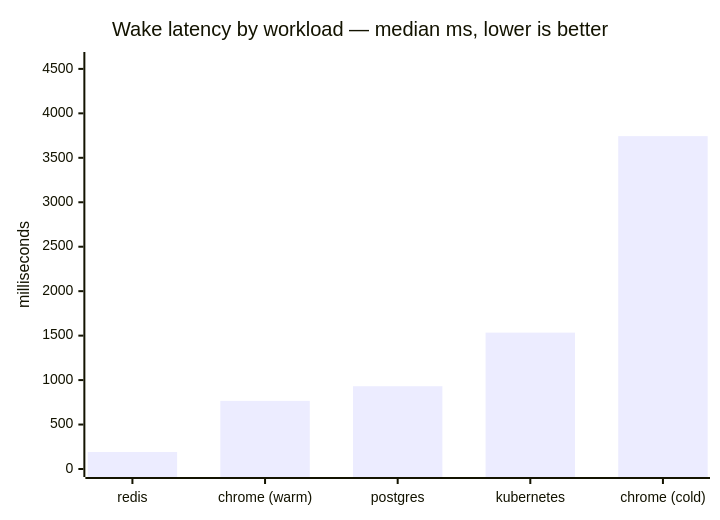
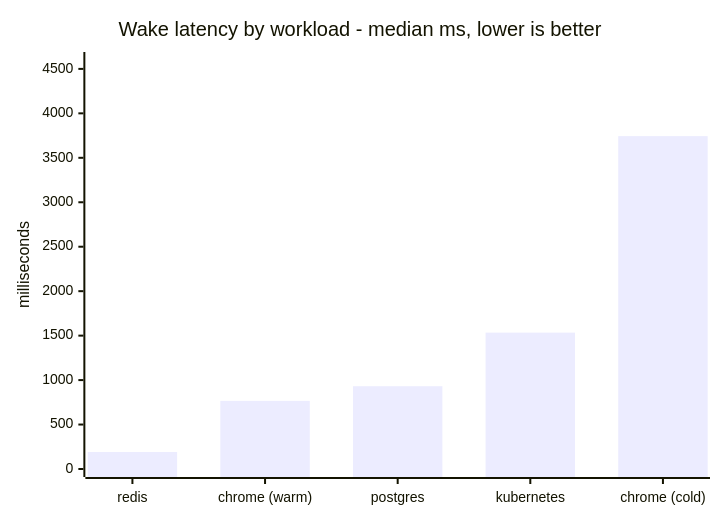
The first of 4 diagrams in README.md (aryanmehrotra/sbx), drawn with Mermaid before and after one commit. The commit also changed other lines of this file and 102 other files, not shown here.

````diff
--- a/README.md
+++ b/README.md
@@ -223,7 +223,7 @@
 ```mermaid
 xychart-beta
-    title "Wake latency by workload — median ms, lower is better"
+    title "Wake latency by workload - median ms, lower is better"
     x-axis ["redis", "chrome (warm)", "postgres", "kubernetes", "chrome (cold)"]
     y-axis "milliseconds" 0 --> 4600
     bar [191, 766, 931, 1534, 3744]
 ```
````
